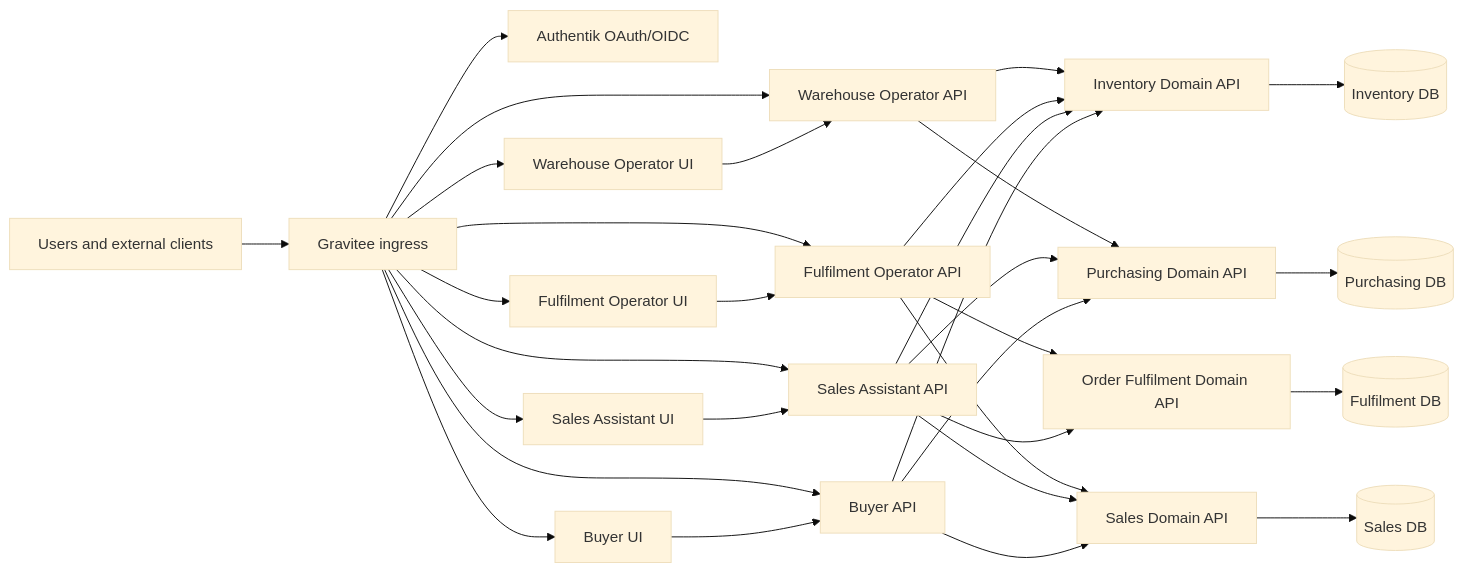
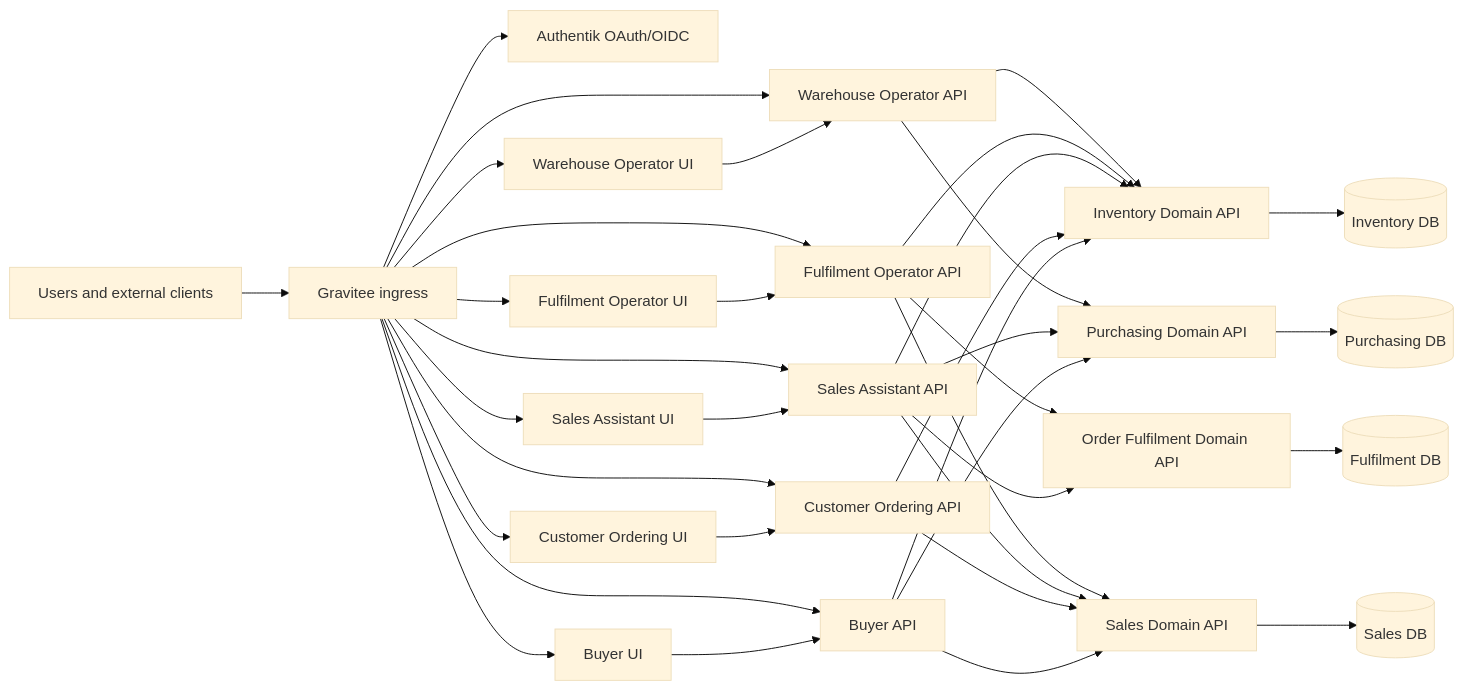
Before and after one commit to ben-cottrell/acme-erp: the diagram in docs/architecture/domain-and-application-boundaries.md, drawn with Mermaid (base theme). The commit also changed other lines of this file and 78 other files, not shown here.

````diff
--- a/docs/architecture/domain-and-application-boundaries.md
+++ b/docs/architecture/domain-and-application-boundaries.md
@@ -47,37 +45,42 @@
 ```mermaid
 flowchart LR
     User[Users and external clients] --> Gravitee[Gravitee ingress]
     Gravitee --> Authentik[Authentik OAuth/OIDC]
 
     Gravitee --> WarehouseUi[Warehouse Operator UI]
     Gravitee --> WarehouseApi[Warehouse Operator API]
     Gravitee --> FulfilmentUi[Fulfilment Operator UI]
     Gravitee --> FulfilmentAppApi[Fulfilment Operator API]
     Gravitee --> SalesAssistantUi[Sales Assistant UI]
     Gravitee --> SalesAssistantApi[Sales Assistant API]
+    Gravitee --> CustomerOrderingUi[Customer Ordering UI]
+    Gravitee --> CustomerOrderingApi[Customer Ordering API]
     Gravitee --> BuyerUi[Buyer UI]
     Gravitee --> BuyerApi[Buyer API]
 
     WarehouseUi --> WarehouseApi
     FulfilmentUi --> FulfilmentAppApi
     SalesAssistantUi --> SalesAssistantApi
+    CustomerOrderingUi --> CustomerOrderingApi
     BuyerUi --> BuyerApi
 
     WarehouseApi --> InventoryApi[Inventory Domain API]
     WarehouseApi --> PurchasingApi[Purchasing Domain API]
     FulfilmentAppApi --> FulfilmentDomainApi[Order Fulfilment Domain API]
     FulfilmentAppApi --> SalesApi[Sales Domain API]
     FulfilmentAppApi --> InventoryApi
     SalesAssistantApi --> SalesApi
     SalesAssistantApi --> InventoryApi
     SalesAssistantApi --> PurchasingApi
     SalesAssistantApi --> FulfilmentDomainApi
+    CustomerOrderingApi --> SalesApi
+    CustomerOrderingApi --> InventoryApi
     BuyerApi --> PurchasingApi
     BuyerApi --> SalesApi
     BuyerApi --> InventoryApi
 
     SalesApi --> SalesDb[(Sales DB)]
     PurchasingApi --> PurchasingDb[(Purchasing DB)]
     InventoryApi --> InventoryDb[(Inventory DB)]
     FulfilmentDomainApi --> FulfilmentDb[(Fulfilment DB)]
 ```
````
